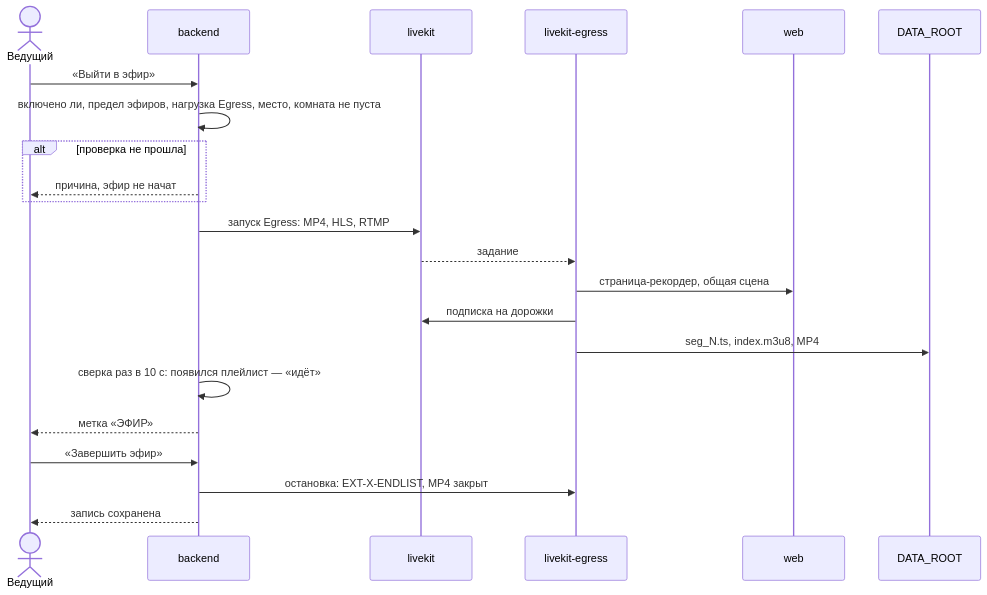
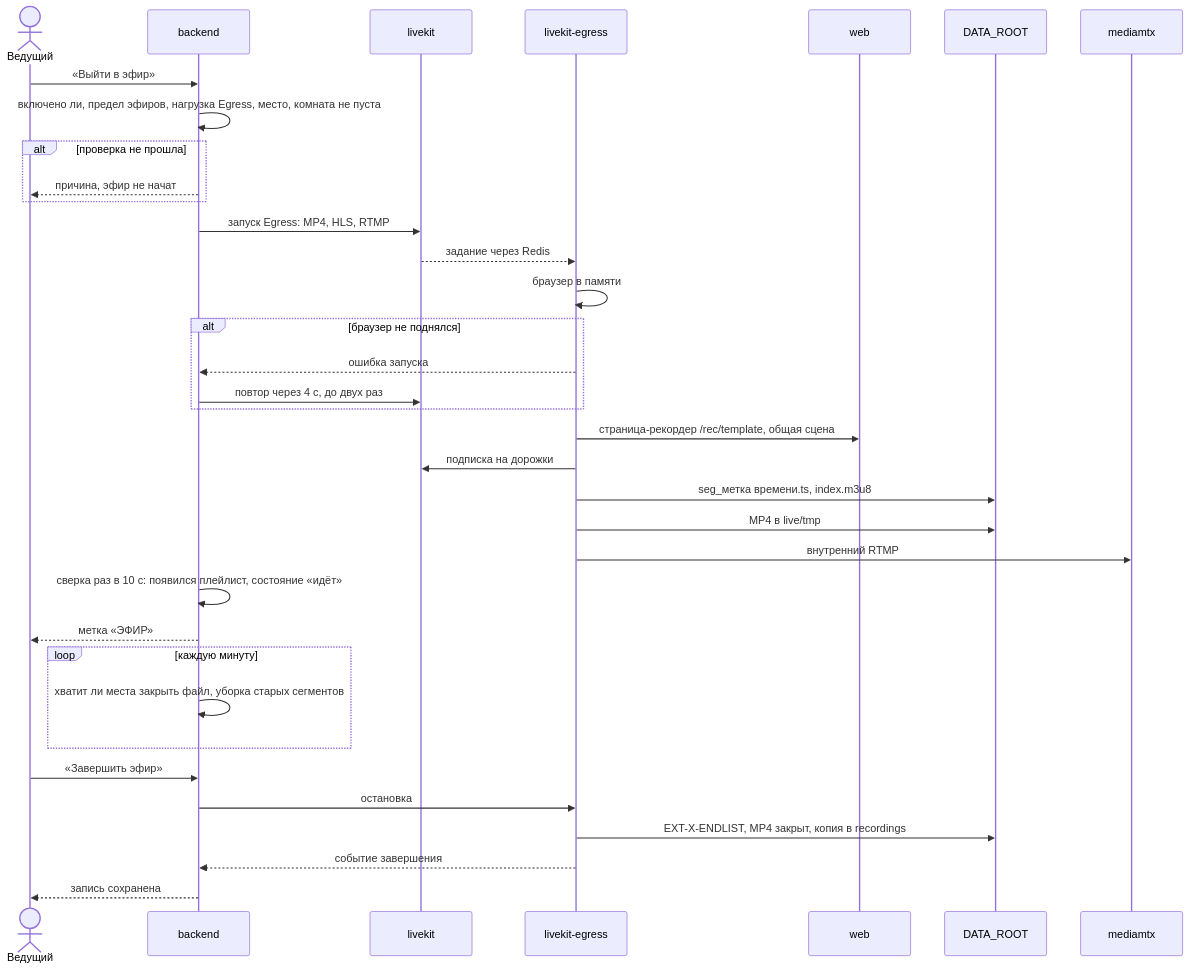
One commit to calleograph/peregovorka changed the second of 7 diagrams in wiki/Архитектура-Последовательности-трансляций.md. Above: the diagram before and after it, drawn with Mermaid. The commit also changed other lines of this file and 322 other files, not shown here.

````diff
--- a/wiki/Архитектура-Последовательности-трансляций.md
+++ b/wiki/Архитектура-Последовательности-трансляций.md
@@ -9,24 +37,37 @@
 ```mermaid
 sequenceDiagram
   actor H as Ведущий
   participant B as backend
   participant LK as livekit
   participant E as livekit-egress
   participant W as web
   participant F as DATA_ROOT
+  participant M as mediamtx
   H->>B: «Выйти в эфир»
   B->>B: включено ли, предел эфиров, нагрузка Egress, место, комната не пуста
   alt проверка не прошла
     B-->>H: причина, эфир не начат
   end
   B->>LK: запуск Egress: MP4, HLS, RTMP
-  LK-->>E: задание
-  E->>W: страница-рекордер, общая сцена
+  LK-->>E: задание через Redis
+  E->>E: браузер в памяти
+  alt браузер не поднялся
+    E-->>B: ошибка запуска
+    B->>LK: повтор через 4 с, до двух раз
+  end
+  E->>W: страница-рекордер /rec/template, общая сцена
   E->>LK: подписка на дорожки
-  E->>F: seg_N.ts, index.m3u8, MP4
-  B->>B: сверка раз в 10 с: появился плейлист — «идёт»
+  E->>F: seg_метка времени.ts, index.m3u8
+  E->>F: MP4 в live/tmp
+  E->>M: внутренний RTMP
+  B->>B: сверка раз в 10 с: появился плейлист, состояние «идёт»
   B-->>H: метка «ЭФИР»
+  loop каждую минуту
+    B->>B: хватит ли места закрыть файл, уборка старых сегментов
+  end
   H->>B: «Завершить эфир»
-  B->>E: остановка: EXT-X-ENDLIST, MP4 закрыт
+  B->>E: остановка
+  E->>F: EXT-X-ENDLIST, MP4 закрыт, копия в recordings
+  E-->>B: событие завершения
   B-->>H: запись сохранена
 ```
````
